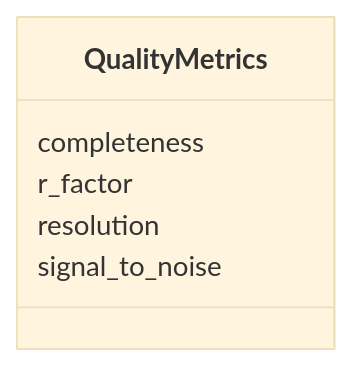
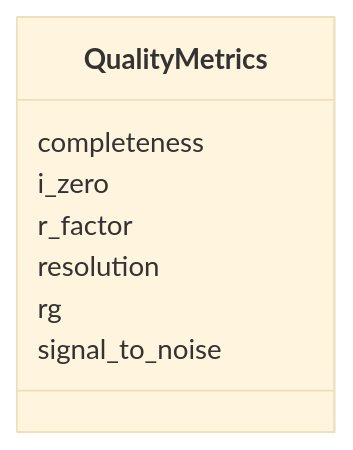
Before and after one commit to cmungall/biostride: the diagram in docs/QualityMetrics.md, drawn with Mermaid (base theme). The commit also changed other lines of this file and 79 other files, not shown here.

First line of the commit message:
feat: Complete Kibler 2024 annotation and schema extensions

````diff
--- a/docs/QualityMetrics.md
+++ b/docs/QualityMetrics.md
@@ -18,14 +18,18 @@
 ```mermaid
  classDiagram
     class QualityMetrics
     click QualityMetrics href "../QualityMetrics/"
       QualityMetrics : completeness
         
+      QualityMetrics : i_zero
+        
       QualityMetrics : r_factor
         
       QualityMetrics : resolution
+        
+      QualityMetrics : rg
         
       QualityMetrics : signal_to_noise
         
       
 ```
````
